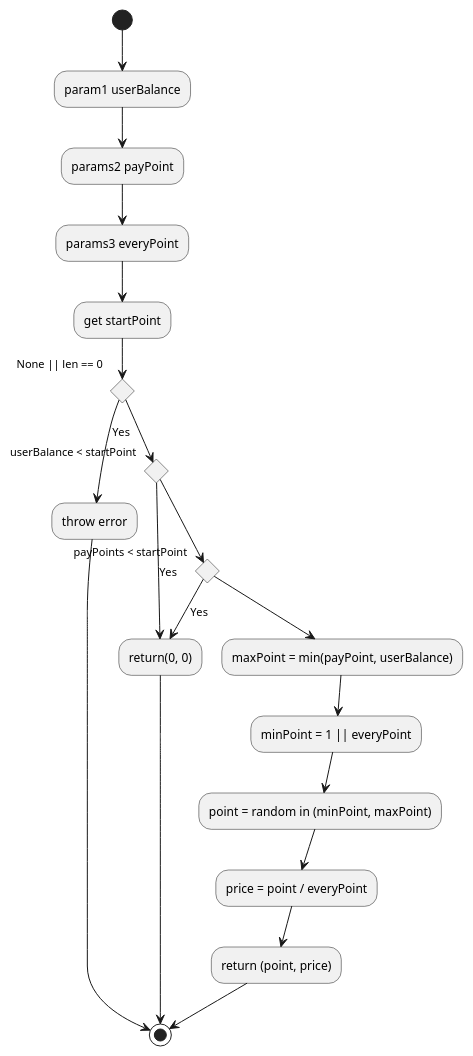
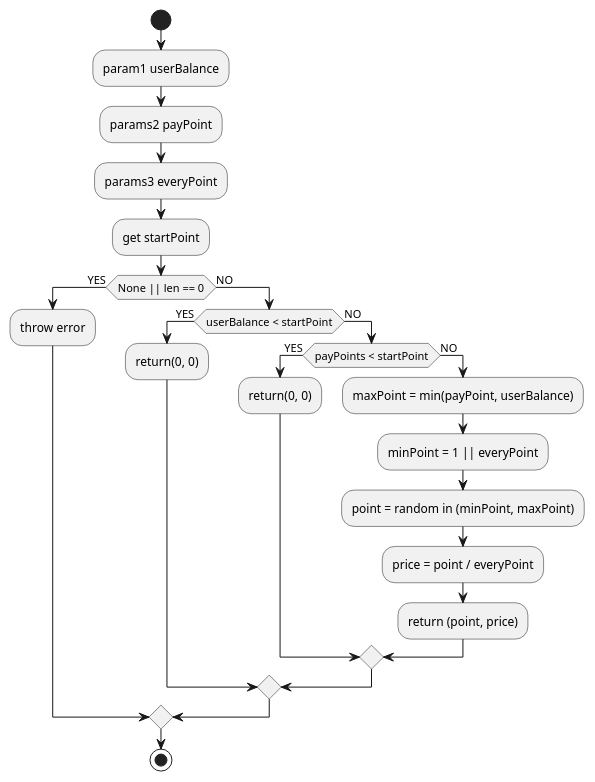
One commit to hezhengjian/liuchengtu changed the diagram in point/custom.puml. Above: the diagram before and after it, drawn with PlantUML. The commit also changed 5 other files, not shown here.

```diff
--- a/point/custom.puml
+++ b/point/custom.puml
@@ -1,23 +1,25 @@
-@startuml
-(*)-->param1 userBalance
--->params2 payPoint
--->params3 everyPoint
---> get startPoint
---> if None || len == 0 then
---> [Yes] throw error
---> (*)
-else
-if userBalance < startPoint then
---> [Yes] return(0, 0)
---> (*)
-else
-if payPoints < startPoint then
---> [Yes] return(0, 0)
-else 
---> maxPoint = min(payPoint, userBalance)
---> minPoint = 1 || everyPoint
---> point = random in (minPoint, maxPoint)
---> price = point / everyPoint
---> return (point, price)
---> (*)
+@startuml Custom point
+start
+:param1 userBalance;
+:params2 payPoint;
+:params3 everyPoint;
+:get startPoint;
+if (None || len == 0) then (YES)
+  :throw error;
+else (NO)
+  if (userBalance < startPoint) then (YES)
+    :return(0, 0);
+  else (NO)
+    if (payPoints < startPoint) then (YES)
+      :return(0, 0);
+    else (NO)
+      :maxPoint = min(payPoint, userBalance);
+      :minPoint = 1 || everyPoint;
+      :point = random in (minPoint, maxPoint);
+      :price = point / everyPoint;
+      :return (point, price);
+    endif
+  endif
+endif
+stop
 @enduml
```
